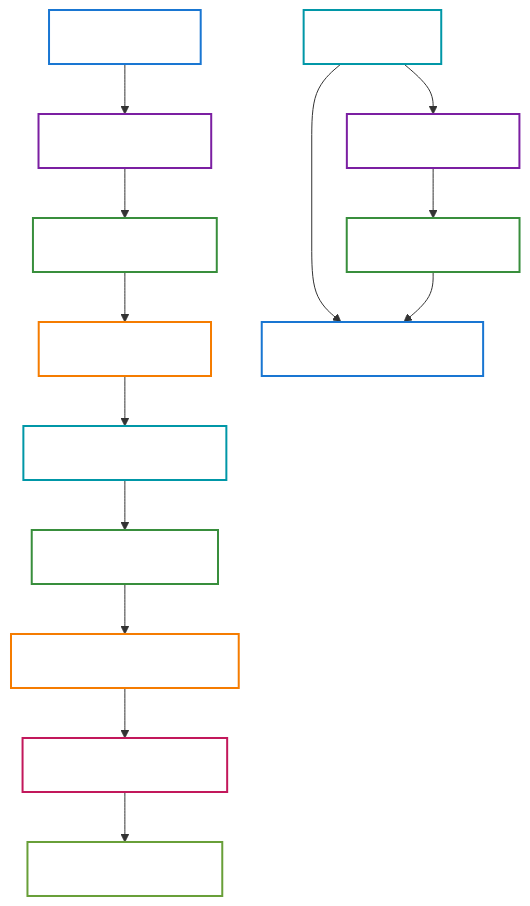
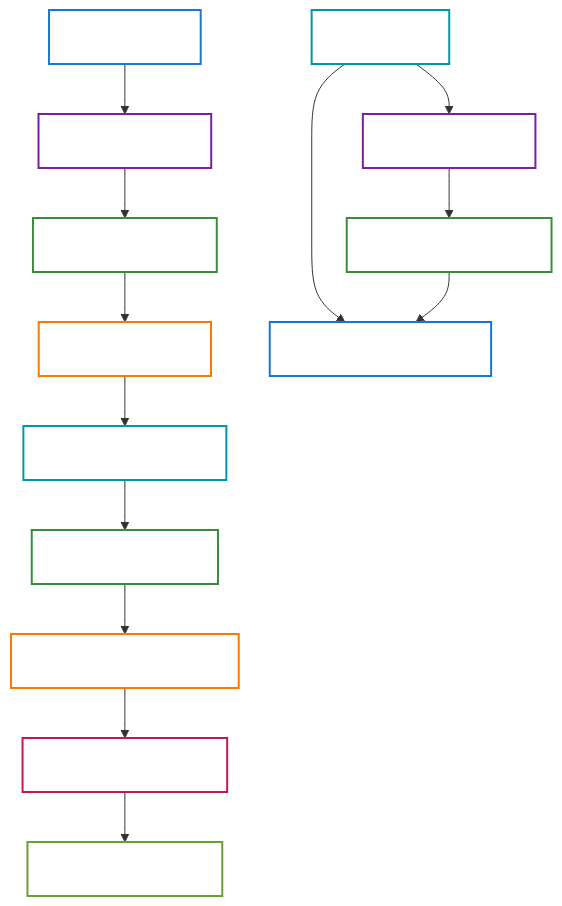
Before and after one commit to eannchen/leetsolv: the third of 8 diagrams in README.md, drawn with Mermaid. The commit also changed other lines of this file, not shown here.

````diff
--- a/README.md
+++ b/README.md
@@ -115,30 +179,30 @@
 ```mermaid
 graph TD
     A["User Action"] --> B["Handler Layer"]
     B --> C["Use Case Layer"]
     C --> D["Storage Layer"]
     D --> G["Write to Temp File"]
     G --> H["Atomic Rename"]
     H --> I["Update Delta History"]
     I --> J["Rollback Available"]
     J --> K["Data Persistence"]
 
 
     L["Cache Hit"] --> M["Return Cached Data"] & N["Load from File"]
-    N --> O["Update Cache"]
+    N --> O["Update **Cache**"]
     O --> M
 
     style A fill:#2196F3,fill-opacity:0,stroke:#1976D2,stroke-width:2px,color:#ffffff
     style B fill:#9C27B0,fill-opacity:0,stroke:#7B1FA2,stroke-width:2px,color:#ffffff
     style C fill:#4CAF50,fill-opacity:0,stroke:#388E3C,stroke-width:2px,color:#ffffff
     style D fill:#FF9800,fill-opacity:0,stroke:#F57C00,stroke-width:2px,color:#ffffff
     style G fill:#00BCD4,fill-opacity:0,stroke:#0097A7,stroke-width:2px,color:#ffffff
     style H fill:#4CAF50,fill-opacity:0,stroke:#388E3C,stroke-width:2px,color:#ffffff
     style I fill:#FF9800,fill-opacity:0,stroke:#F57C00,stroke-width:2px,color:#ffffff
     style J fill:#E91E63,fill-opacity:0,stroke:#C2185B,stroke-width:2px,color:#ffffff
     style K fill:#8BC34A,fill-opacity:0,stroke:#689F38,stroke-width:2px,color:#ffffff
     style L fill:#00BCD4,fill-opacity:0,stroke:#0097A7,stroke-width:2px,color:#ffffff
     style M fill:#2196F3,fill-opacity:0,stroke:#1976D2,stroke-width:2px,color:#ffffff
     style N fill:#9C27B0,fill-opacity:0,stroke:#7B1FA2,stroke-width:2px,color:#ffffff
     style O fill:#4CAF50,fill-opacity:0,stroke:#388E3C,stroke-width:2px,color:#ffffff
 ```
````
